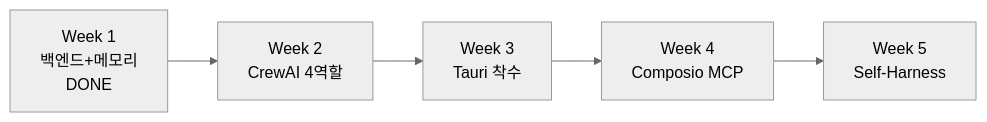
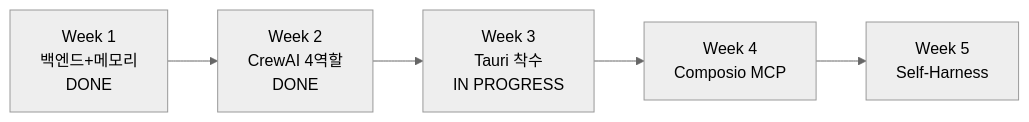
Before and after one commit to erozna/dokkebi-os-2: the second of 3 diagrams in docs/ARCHITECTURE.md, drawn with Mermaid (neutral theme). The commit also changed other lines of this file and 58 other files, not shown here.

First line of the commit message:
feat(desktop): Week 3 Tauri scaffold, sandbox, Korean i18n.

````diff
--- a/docs/ARCHITECTURE.md
+++ b/docs/ARCHITECTURE.md
@@ -53,10 +56,10 @@
 ```mermaid
 flowchart LR
     W1[Week 1<br/>백엔드+메모리<br/>DONE]
-    W2[Week 2<br/>CrewAI 4역할]
-    W3[Week 3<br/>Tauri 착수]
+    W2[Week 2<br/>CrewAI 4역할<br/>DONE]
+    W3[Week 3<br/>Tauri 착수<br/>IN PROGRESS]
     W4[Week 4<br/>Composio MCP]
     W5[Week 5<br/>Self-Harness]
 
     W1 --> W2 --> W3 --> W4 --> W5
 ```
````
